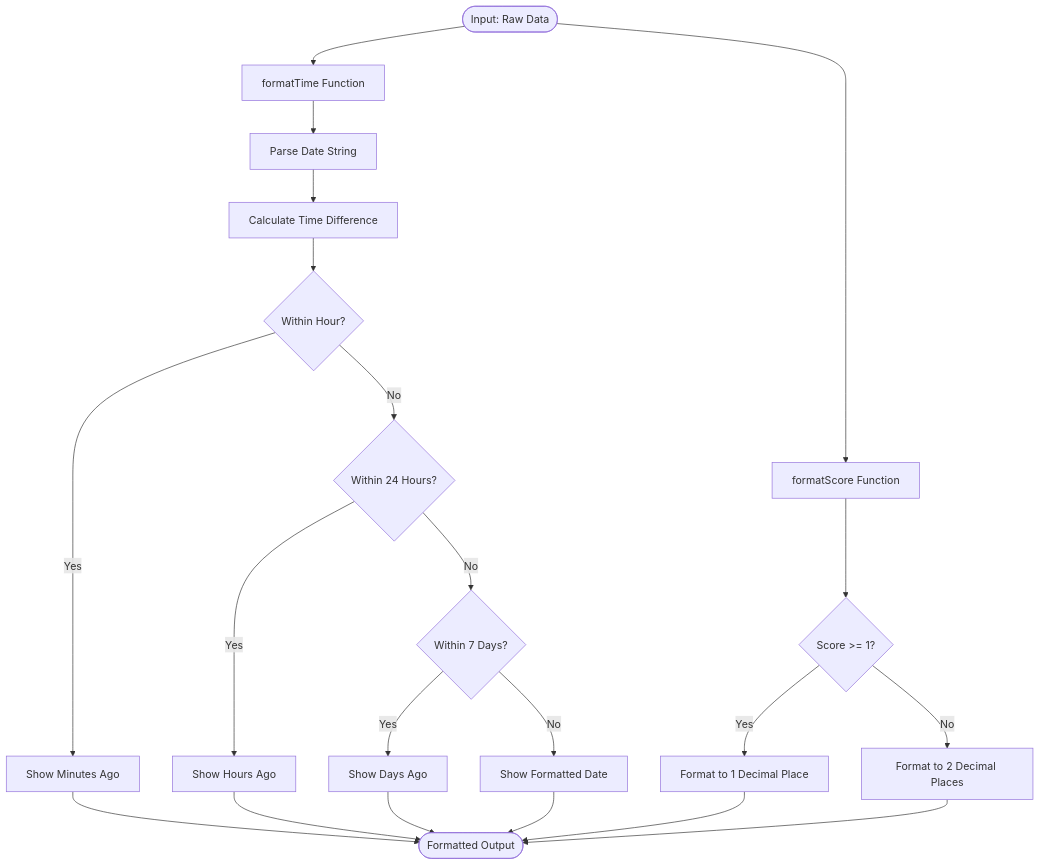
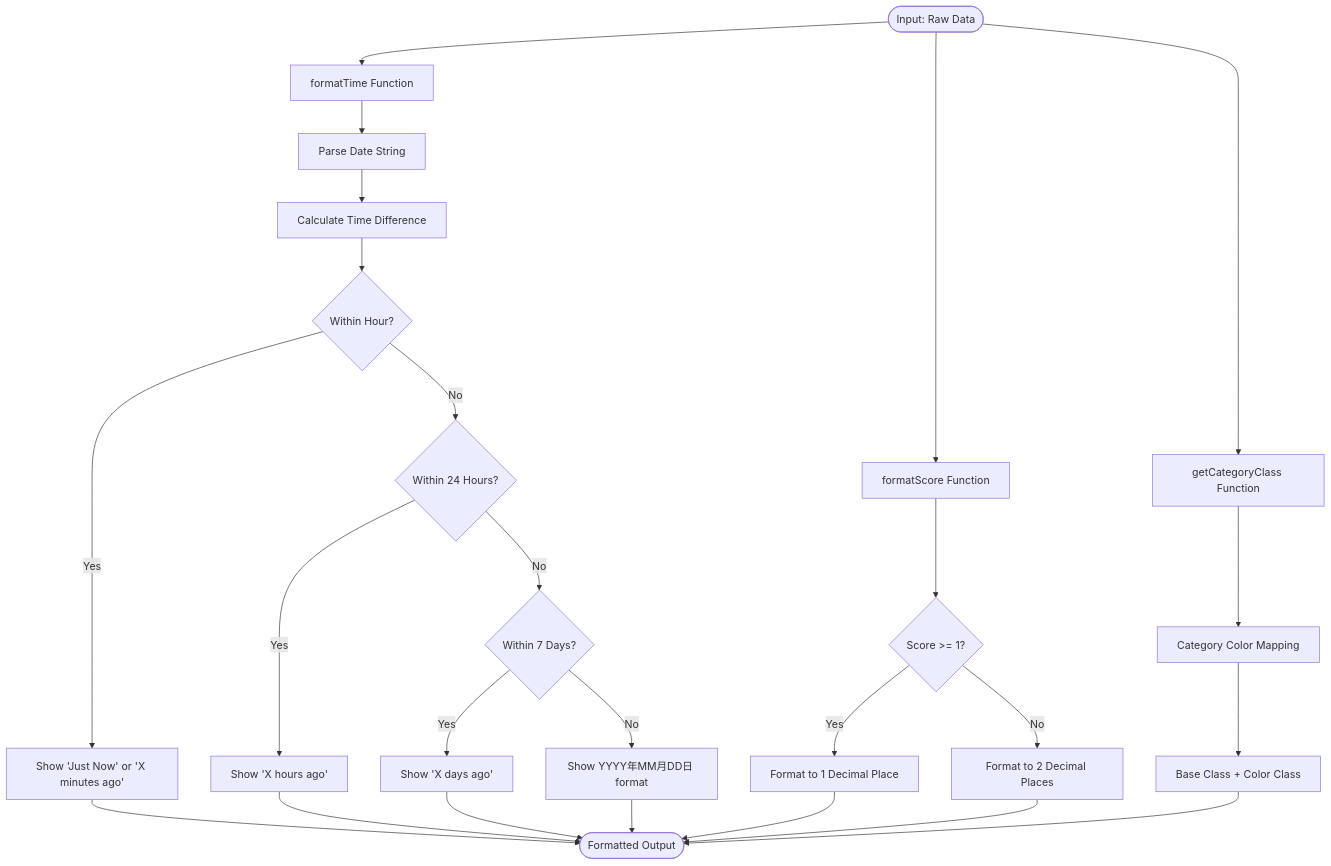
The sixth of 9 diagrams in .qoder/repowiki/en/content/Frontend Application/NewsCard Component.md (zbw-zbw/news-aggregator), drawn with Mermaid before and after one commit. The commit also changed other lines of this file and 4 other files, not shown here.

````diff
--- a/.qoder/repowiki/en/content/Frontend Application/NewsCard Component.md
+++ b/.qoder/repowiki/en/content/Frontend Application/NewsCard Component.md
@@ -205,23 +235,27 @@
 ```mermaid
 flowchart TD
-Start([Input: Raw Data]) --> TimeFormat["formatTime Function"]
+Start([Input: Raw Data]) --> CategoryStyle["getCategoryClass Function"]
+Start --> TimeFormat["formatTime Function"]
 Start --> ScoreFormat["formatScore Function"]
+CategoryStyle --> CategoryLookup["Category Color Mapping"]
+CategoryLookup --> BaseClass["Base Class + Color Class"]
 TimeFormat --> DateParse["Parse Date String"]
 DateParse --> CalculateDiff["Calculate Time Difference"]
 CalculateDiff --> Decision1{"Within Hour?"}
-Decision1 --> |Yes| Minutes["Show Minutes Ago"]
+Decision1 --> |Yes| Minutes["Show 'Just Now' or 'X minutes ago'"]
 Decision1 --> |No| Decision2{"Within 24 Hours?"}
-Decision2 --> |Yes| Hours["Show Hours Ago"]
+Decision2 --> |Yes| Hours["Show 'X hours ago'"]
 Decision2 --> |No| Decision3{"Within 7 Days?"}
-Decision3 --> |Yes| Days["Show Days Ago"]
-Decision3 --> |No| DateDisplay["Show Formatted Date"]
+Decision3 --> |Yes| Days["Show 'X days ago'"]
+Decision3 --> |No| DateDisplay["Show YYYY年MM月DD日 format"]
 ScoreFormat --> CheckScore{"Score >= 1?"}
 CheckScore --> |Yes| OneDecimal["Format to 1 Decimal Place"]
 CheckScore --> |No| TwoDecimals["Format to 2 Decimal Places"]
 Minutes --> End([Formatted Output])
 Hours --> End
 Days --> End
 DateDisplay --> End
 OneDecimal --> End
 TwoDecimals --> End
+BaseClass --> End
 ```
````
